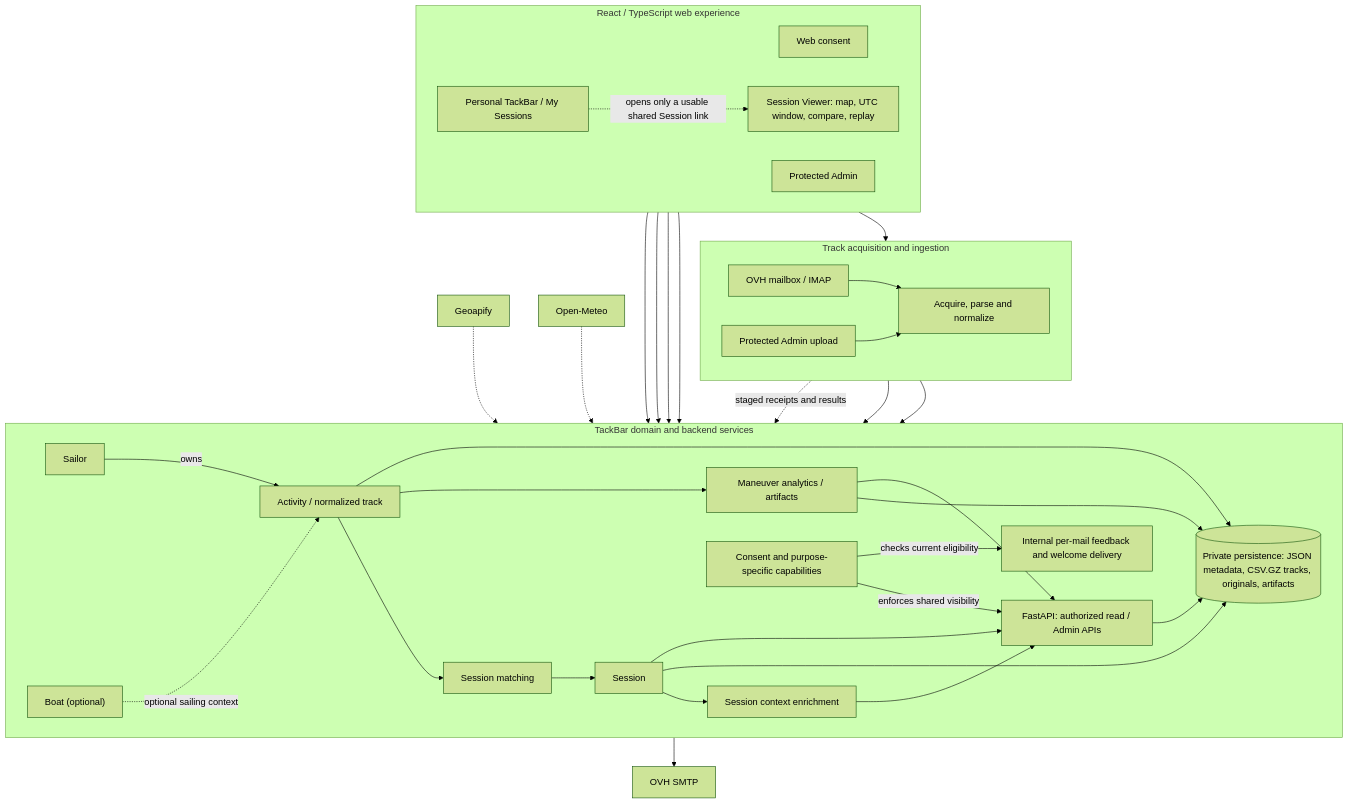
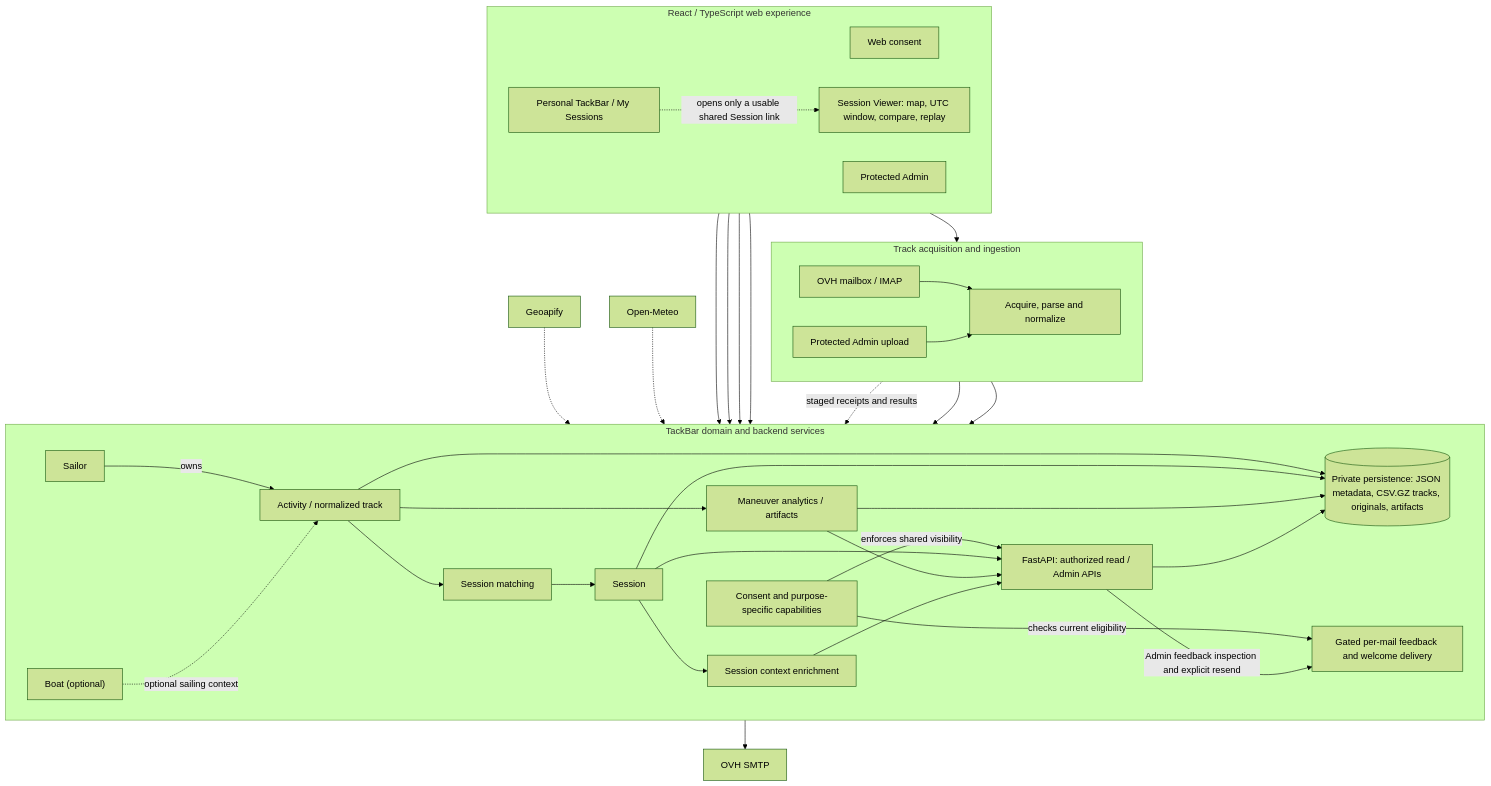
Before and after one commit to maxsail-project/tackbar: the diagram in docs/current/solution-overview.md, drawn with Mermaid (forest theme). The commit also changed 18 other files, not shown here.

````diff
--- a/docs/current/solution-overview.md
+++ b/docs/current/solution-overview.md
@@ -18,64 +18,65 @@
 ```mermaid
 flowchart TB
   subgraph ACQUISITION["Track acquisition and ingestion"]
     direction LR
     OVH["OVH mailbox / IMAP"]
     UPLOAD["Protected Admin upload"]
     PIPE["Acquire, parse and normalize"]
     OVH --> PIPE
     UPLOAD --> PIPE
   end
 
   subgraph CORE["TackBar domain and backend services"]
     direction LR
     SAILOR["Sailor"]
     BOAT["Boat (optional)"]
     ACT["Activity / normalized track"]
     MATCH["Session matching"]
     SES["Session"]
     ANALYTICS["Maneuver analytics / artifacts"]
     CONTEXT["Session context enrichment"]
     ACCESS["Consent and purpose-specific capabilities"]
-    FEEDBACK["Internal per-mail feedback and welcome delivery"]
+    FEEDBACK["Gated per-mail feedback and welcome delivery"]
     API["FastAPI: authorized read / Admin APIs"]
     STORE[("Private persistence: JSON metadata, CSV.GZ tracks, originals, artifacts")]
 
     SAILOR -->|"owns"| ACT
     BOAT -.->|"optional sailing context"| ACT
     ACT --> MATCH --> SES
     ACT --> ANALYTICS
     SES --> CONTEXT
     ACT --> STORE
     SES --> STORE
     ANALYTICS --> STORE
     ACCESS -->|"enforces shared visibility"| API
     ACCESS -->|"checks current eligibility"| FEEDBACK
     PIPE -.->|"staged receipts and results"| FEEDBACK
     SES --> API
     ANALYTICS --> API
     CONTEXT --> API
     API --> STORE
+    API -->|"Admin feedback inspection and explicit resend"| FEEDBACK
   end
 
   subgraph WEB["React / TypeScript web experience"]
     direction LR
     CONSENT["Web consent"]
     PERSONAL["Personal TackBar / My Sessions"]
     VIEWER["Session Viewer: map, UTC window, compare, replay"]
     ADMIN["Protected Admin"]
   end
 
   PIPE --> ACT
   PIPE --> STORE
   CONSENT --> ACCESS
   PERSONAL --> API
   VIEWER --> API
   ADMIN --> API
   ADMIN --> UPLOAD
   PERSONAL -.->|"opens only a usable shared Session link"| VIEWER
 
   FEEDBACK --> SMTP["OVH SMTP"]
 
   GEO["Geoapify"] -.-> CONTEXT
   METEO["Open-Meteo"] -.-> CONTEXT
 ```
````
